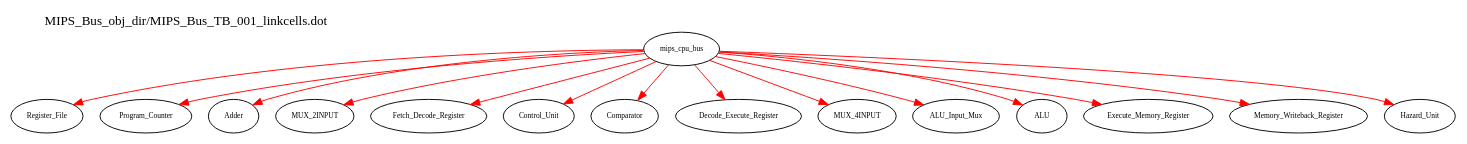
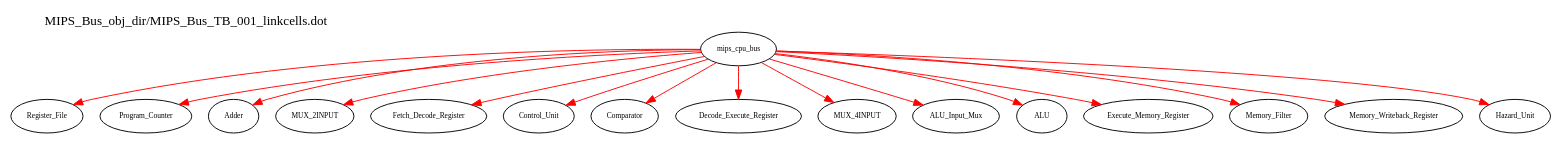
One commit to jjlehner/MIPS_CPU_Project changed the diagram in unofficial/preliminary_testing/MIPS_Bus_obj_dir/MIPS_Bus_TB_001_linkcells.dot. Above: the diagram before and after it, drawn with Graphviz. The commit also changed 101 other files, not shown here.

```diff
--- a/unofficial/preliminary_testing/MIPS_Bus_obj_dir/MIPS_Bus_TB_001_linkcells.dot
+++ b/unofficial/preliminary_testing/MIPS_Bus_obj_dir/MIPS_Bus_TB_001_linkcells.dot
@@ -1,35 +1,37 @@
 digraph v3graph {
 	graph	[label="MIPS_Bus_obj_dir/MIPS_Bus_TB_001_linkcells.dot",
 		 labelloc=t, labeljust=l,
 		 //size="7.5,10",
 		 rankdir=TB];
 	n0	[fontsize=8 label="mips_cpu_bus", color=black];
 	n1	[fontsize=8 label="Register_File", color=black];
 	n2	[fontsize=8 label="Program_Counter", color=black];
 	n3	[fontsize=8 label="Adder", color=black];
 	n4	[fontsize=8 label="MUX_2INPUT", color=black];
 	n5	[fontsize=8 label="Fetch_Decode_Register", color=black];
 	n6	[fontsize=8 label="Control_Unit", color=black];
 	n7	[fontsize=8 label="Comparator", color=black];
 	n8	[fontsize=8 label="Decode_Execute_Register", color=black];
 	n9	[fontsize=8 label="MUX_4INPUT", color=black];
 	n10	[fontsize=8 label="ALU_Input_Mux", color=black];
 	n11	[fontsize=8 label="ALU", color=black];
 	n12	[fontsize=8 label="Execute_Memory_Register", color=black];
-	n13	[fontsize=8 label="Memory_Writeback_Register", color=black];
-	n14	[fontsize=8 label="Hazard_Unit", color=black];
+	n13	[fontsize=8 label="Memory_Filter", color=black];
+	n14	[fontsize=8 label="Memory_Writeback_Register", color=black];
+	n15	[fontsize=8 label="Hazard_Unit", color=black];
 	n0 -> n1 [fontsize=8 label="" weight=1 color=red];
 	n0 -> n2 [fontsize=8 label="" weight=1 color=red];
 	n0 -> n3 [fontsize=8 label="" weight=1 color=red];
 	n0 -> n4 [fontsize=8 label="" weight=1 color=red];
 	n0 -> n5 [fontsize=8 label="" weight=1 color=red];
 	n0 -> n6 [fontsize=8 label="" weight=1 color=red];
 	n0 -> n7 [fontsize=8 label="" weight=1 color=red];
 	n0 -> n8 [fontsize=8 label="" weight=1 color=red];
 	n0 -> n9 [fontsize=8 label="" weight=1 color=red];
 	n0 -> n10 [fontsize=8 label="" weight=1 color=red];
 	n0 -> n11 [fontsize=8 label="" weight=1 color=red];
 	n0 -> n12 [fontsize=8 label="" weight=1 color=red];
 	n0 -> n13 [fontsize=8 label="" weight=1 color=red];
 	n0 -> n14 [fontsize=8 label="" weight=1 color=red];
+	n0 -> n15 [fontsize=8 label="" weight=1 color=red];
 }
```
